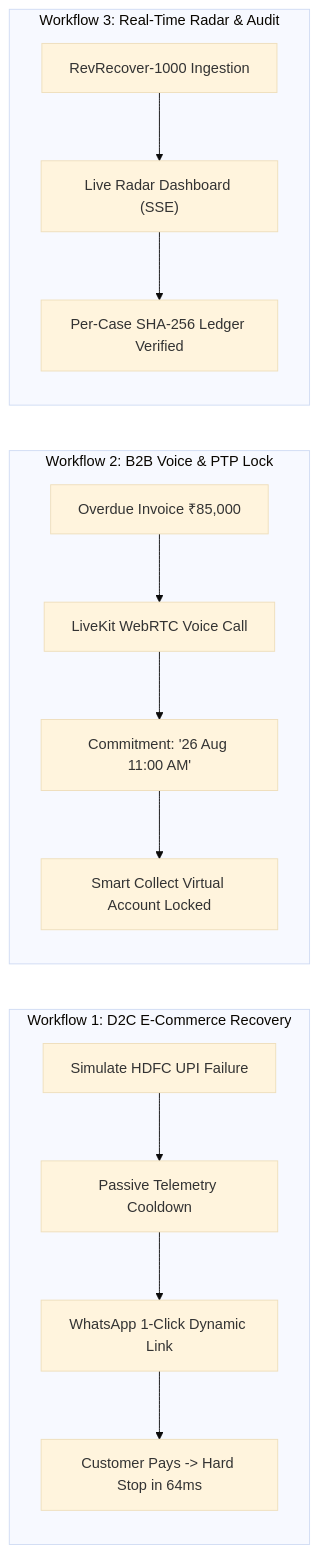
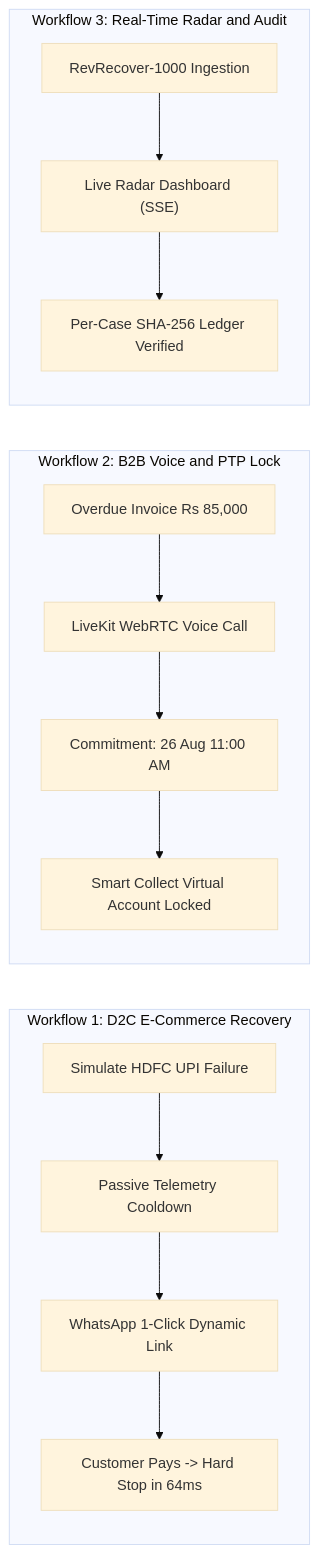
Before and after one commit to Adityaraj1969/Razorpay-Revenue-Recovery: the diagram in docs/Demo.md, drawn with Mermaid (base theme). The commit also changed 8 other files, not shown here.

Commit message:
fix(docs): format all Mermaid diagrams with strict GitHub-compliant quoted syntax and ASCII typography

````diff
--- a/docs/Demo.md
+++ b/docs/Demo.md
@@ -43,19 +43,19 @@
 ```mermaid
 flowchart LR
     subgraph FLOW1["Workflow 1: D2C E-Commerce Recovery"]
         F1_FAIL["Simulate HDFC UPI Failure"] --> F1_SENTINEL["Passive Telemetry Cooldown"]
         F1_SENTINEL --> F1_WA["WhatsApp 1-Click Dynamic Link"]
         F1_WA --> F1_SETTLE["Customer Pays -> Hard Stop in 64ms"]
     end
 
-    subgraph FLOW2["Workflow 2: B2B Voice & PTP Lock"]
-        F2_INV["Overdue Invoice ₹85,000"] --> F2_CALL["LiveKit WebRTC Voice Call"]
-        F2_CALL --> F2_PTP["Commitment: '26 Aug 11:00 AM'"]
+    subgraph FLOW2["Workflow 2: B2B Voice and PTP Lock"]
+        F2_INV["Overdue Invoice Rs 85,000"] --> F2_CALL["LiveKit WebRTC Voice Call"]
+        F2_CALL --> F2_PTP["Commitment: 26 Aug 11:00 AM"]
         F2_PTP --> F2_SMART["Smart Collect Virtual Account Locked"]
     end
 
-    subgraph FLOW3["Workflow 3: Real-Time Radar & Audit"]
+    subgraph FLOW3["Workflow 3: Real-Time Radar and Audit"]
         F3_BATCH["RevRecover-1000 Ingestion"] --> F3_RADAR["Live Radar Dashboard (SSE)"]
         F3_RADAR --> F3_AUDIT["Per-Case SHA-256 Ledger Verified"]
     end
 ```
````
